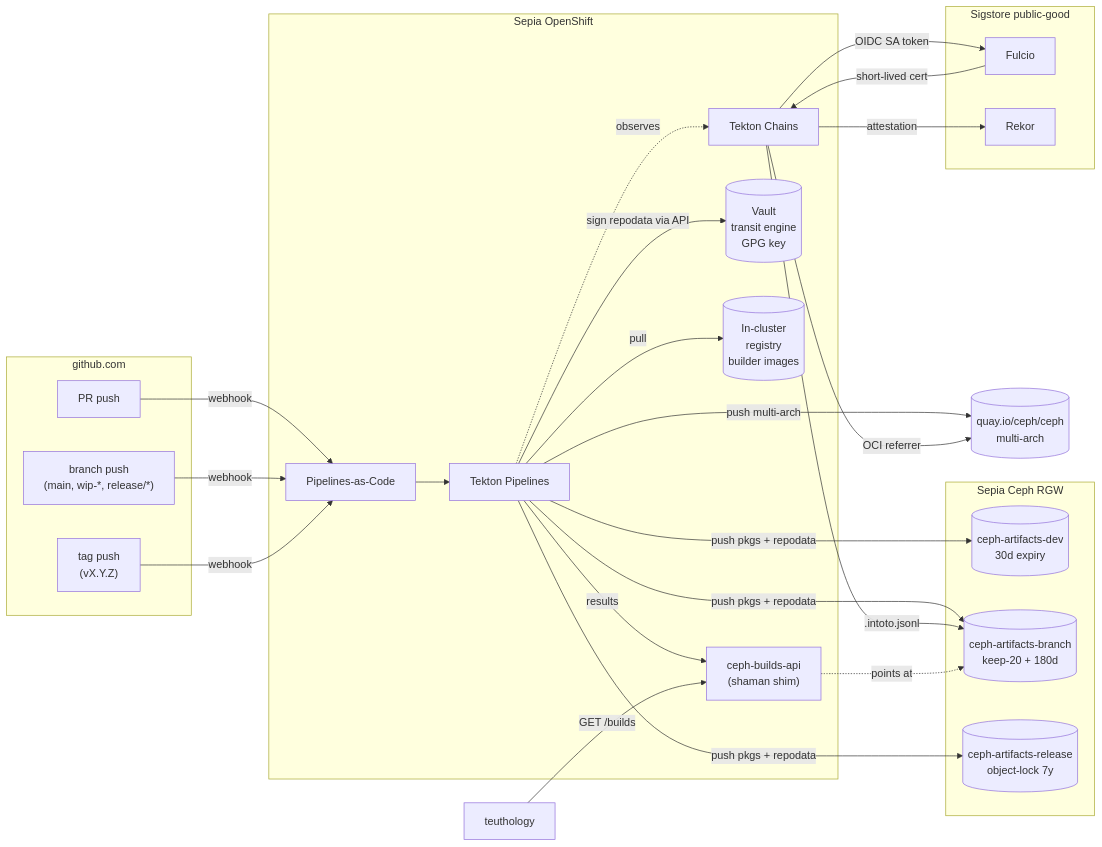
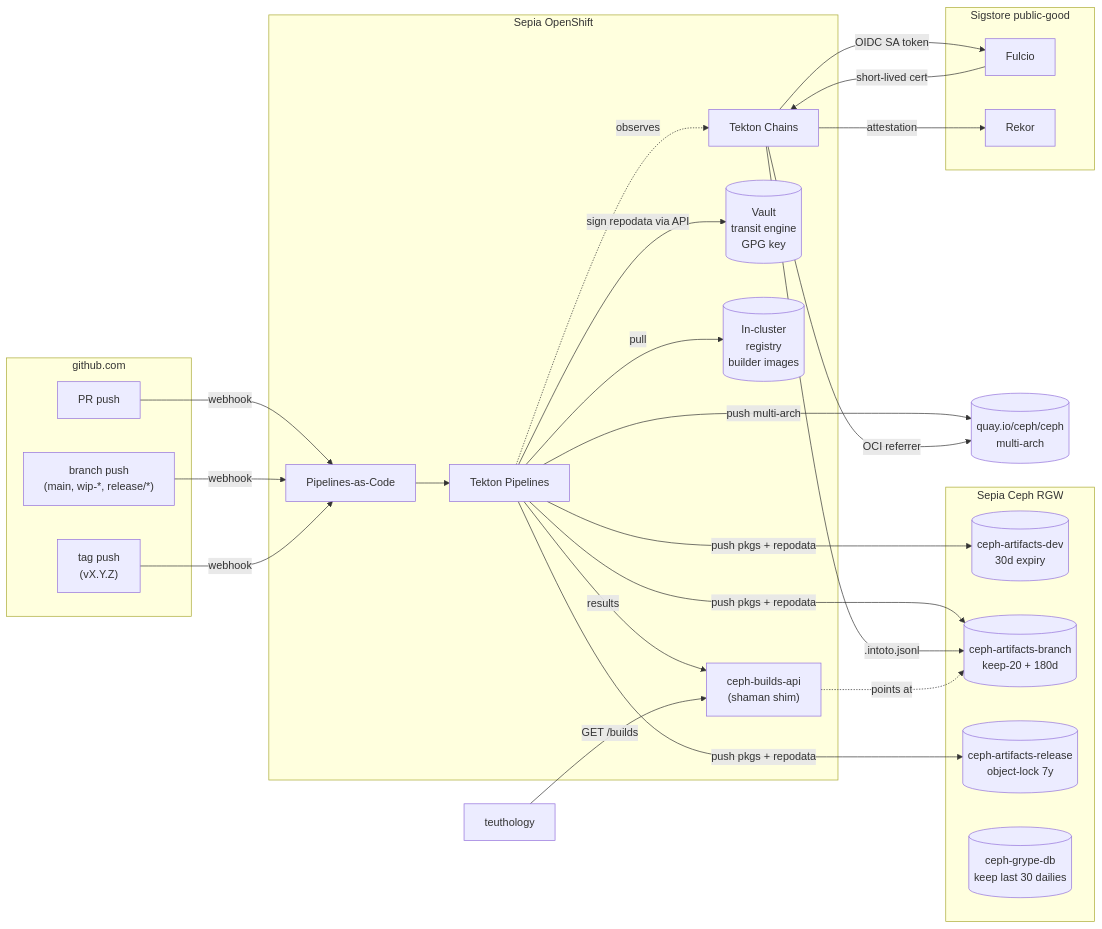
One commit to mmgaggle/ceph-tekton changed the first of 8 diagrams in docs/architecture.md. Above: the diagram before and after it, drawn with Mermaid. The commit also changed other lines of this file and 9 other files, not shown here.

````diff
--- a/docs/architecture.md
+++ b/docs/architecture.md
@@ -17,51 +17,52 @@
 ```mermaid
 flowchart LR
   subgraph GH["github.com"]
     PR["PR push"]
     BR["branch push<br/>(main, wip-*, release/*)"]
     TAG["tag push<br/>(vX.Y.Z)"]
   end
 
   subgraph Sepia["Sepia OpenShift"]
     PAC["Pipelines-as-Code"]
     TK["Tekton Pipelines"]
     CH["Tekton Chains"]
     VAULT[("Vault<br/>transit engine<br/>GPG key")]
     REG[("In-cluster<br/>registry<br/>builder images")]
     API["ceph-builds-api<br/>(shaman shim)"]
   end
 
   subgraph CephRGW["Sepia Ceph RGW"]
     DEV[("ceph-artifacts-dev<br/>30d expiry")]
     BRANCH[("ceph-artifacts-branch<br/>keep-20 + 180d")]
     REL[("ceph-artifacts-release<br/>object-lock 7y")]
+    GRYPEDB[("ceph-grype-db<br/>keep last 30 dailies")]
   end
 
   subgraph Sigstore["Sigstore public-good"]
     FULCIO["Fulcio"]
     REKOR["Rekor"]
   end
 
   QUAY[("quay.io/ceph/ceph<br/>multi-arch")]
   TEU["teuthology"]
 
   PR -->|webhook| PAC
   BR -->|webhook| PAC
   TAG -->|webhook| PAC
   PAC --> TK
   TK -->|pull| REG
   TK -->|sign repodata via API| VAULT
   TK -->|push pkgs + repodata| DEV
   TK -->|push pkgs + repodata| BRANCH
   TK -->|push pkgs + repodata| REL
   TK -->|push multi-arch| QUAY
   TK -.observes.-> CH
   CH -->|OIDC SA token| FULCIO
   FULCIO -->|short-lived cert| CH
   CH -->|attestation| REKOR
   CH -->|OCI referrer| QUAY
   CH -->|.intoto.jsonl| BRANCH
   TK -->|results| API
   TEU -->|GET /builds| API
   API -.points at.-> BRANCH
 ```
````
